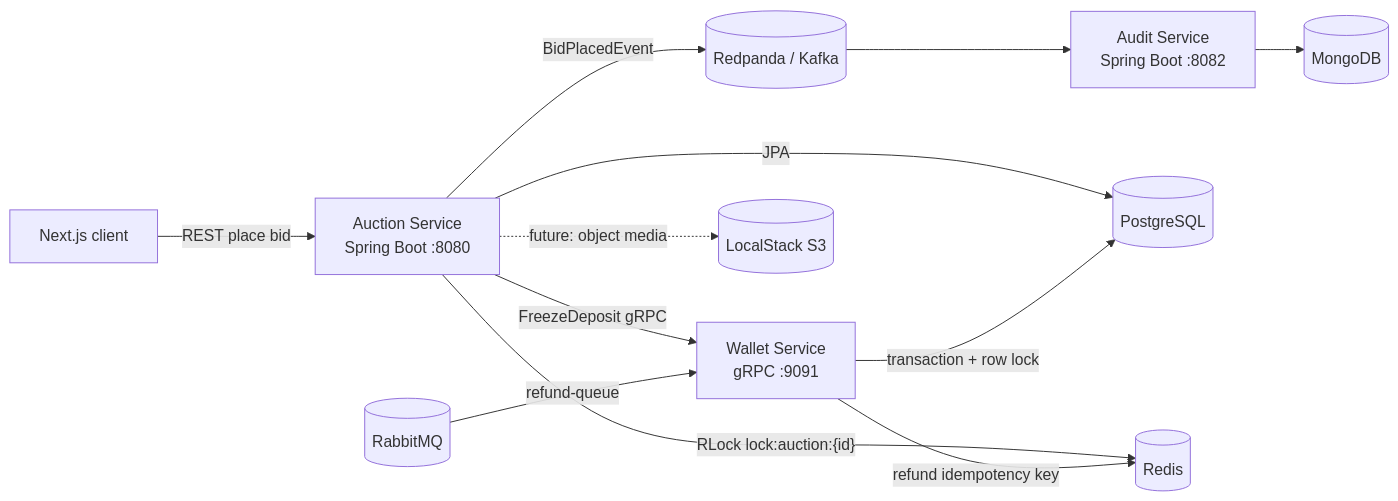
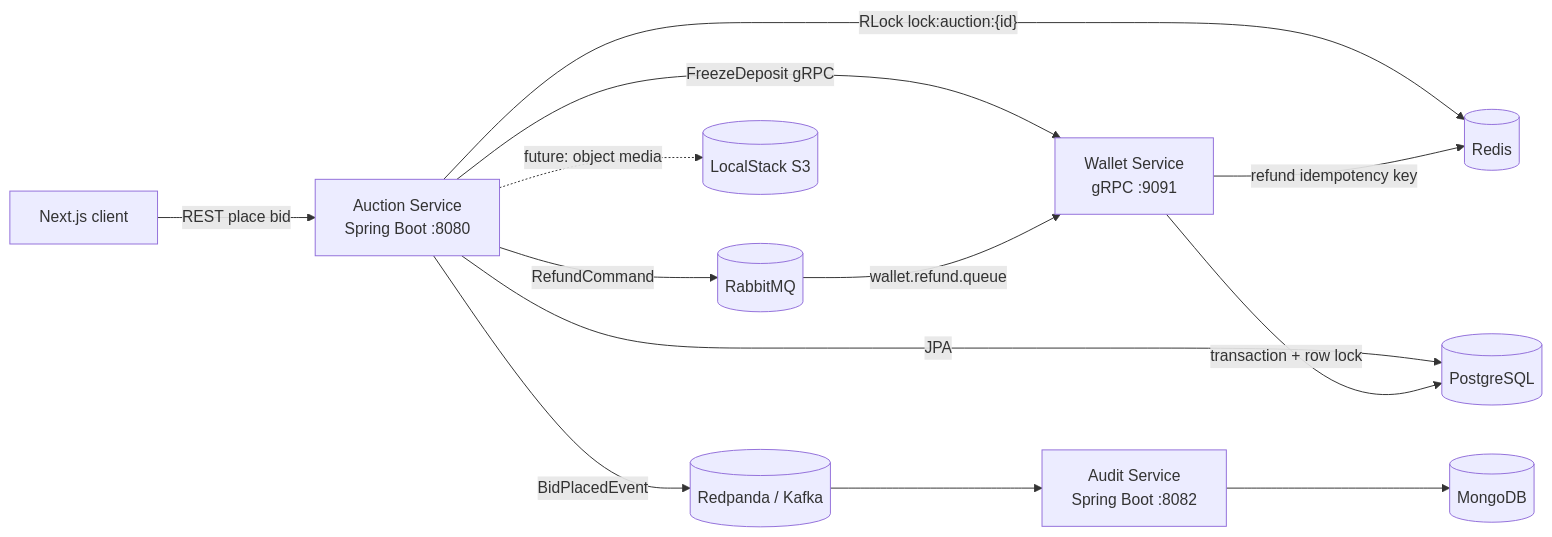
One commit to okuminhphen/omnibid changed the first of 3 diagrams in README.md. Above: the diagram before and after it, drawn with Mermaid. The commit also changed other lines of this file and 34 other files, not shown here.

````diff
--- a/README.md
+++ b/README.md
@@ -9,25 +9,26 @@
 ```mermaid
 flowchart LR
     Browser["Next.js client"]
     Auction["Auction Service<br/>Spring Boot :8080"]
     Wallet["Wallet Service<br/>gRPC :9091"]
     Audit["Audit Service<br/>Spring Boot :8082"]
     PG[("PostgreSQL")]
     Redis[("Redis")]
     Kafka[("Redpanda / Kafka")]
     Rabbit[("RabbitMQ")]
     Mongo[("MongoDB")]
     S3[("LocalStack S3")]
 
     Browser -->|"REST place bid"| Auction
     Auction -->|"RLock lock:auction:{id}"| Redis
     Auction -->|"JPA"| PG
     Auction -->|"FreezeDeposit gRPC"| Wallet
     Wallet -->|"transaction + row lock"| PG
     Wallet -->|"refund idempotency key"| Redis
     Auction -->|"BidPlacedEvent"| Kafka
     Kafka --> Audit
     Audit --> Mongo
-    Rabbit -->|"refund-queue"| Wallet
+    Auction -->|"RefundCommand"| Rabbit
+    Rabbit -->|"wallet.refund.queue"| Wallet
     Auction -. "future: object media" .-> S3
 ```
````
